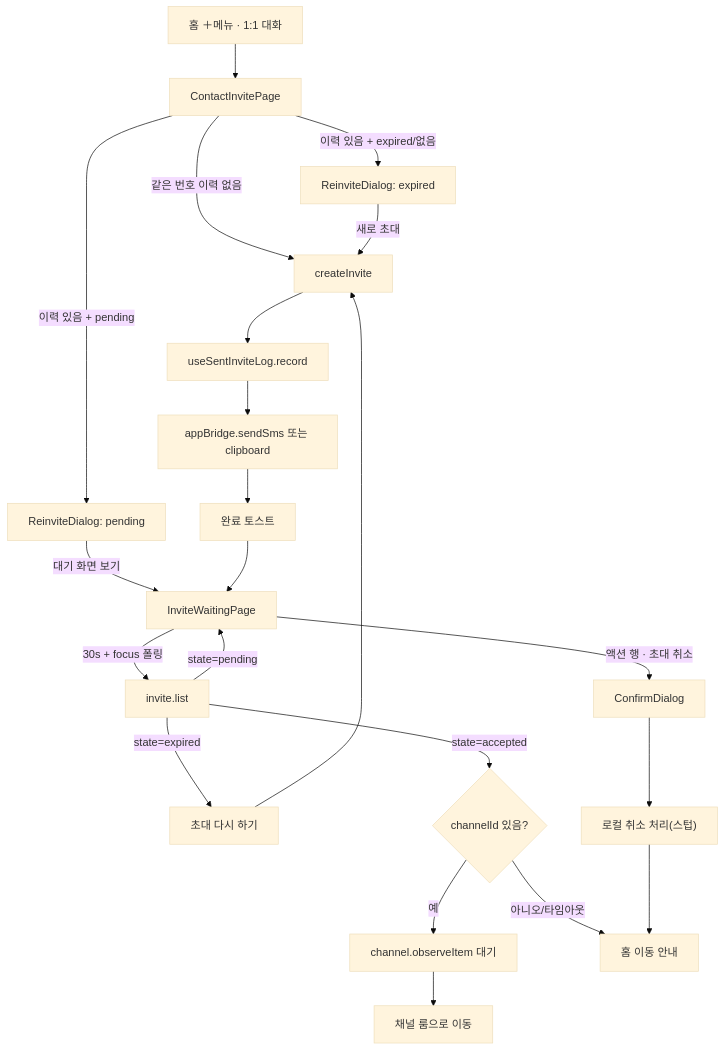
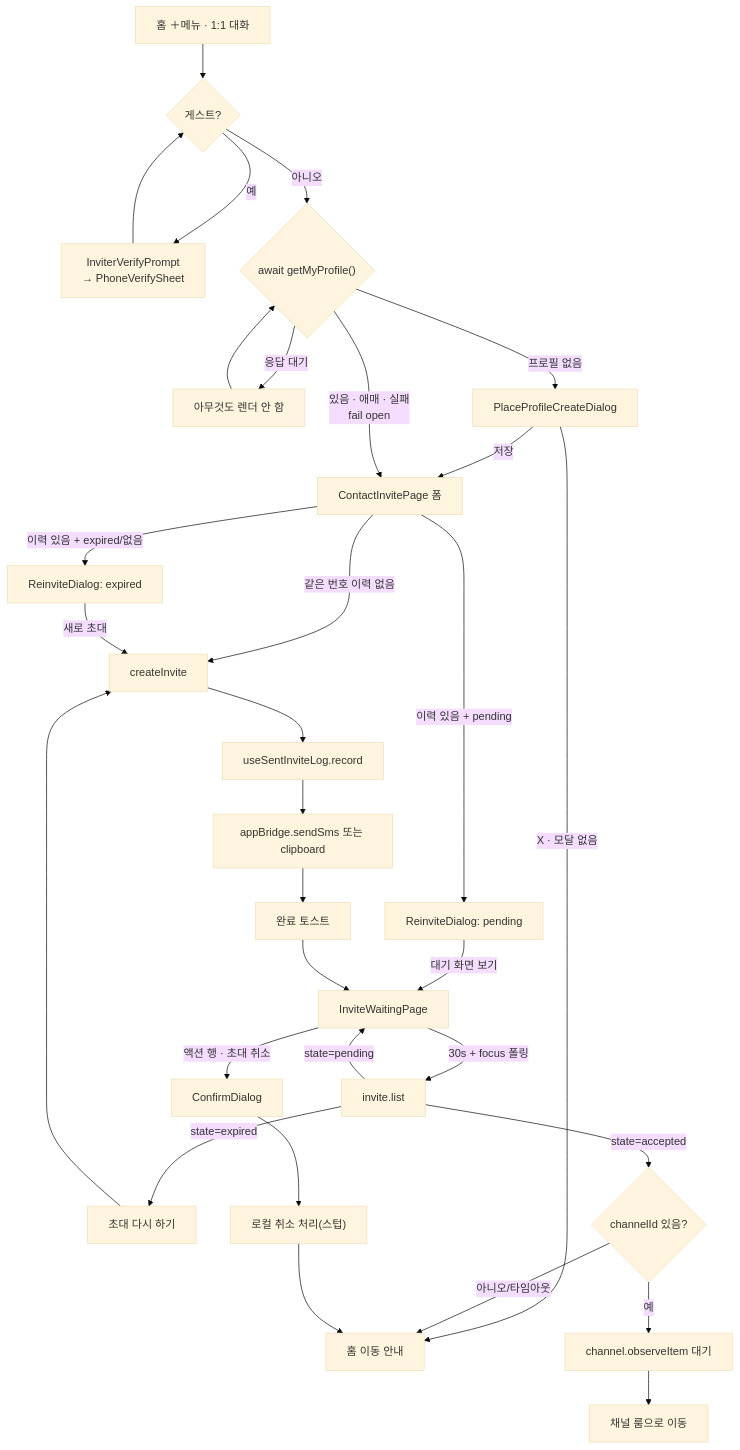
Before and after one commit to lemoncloud-io/dou-app: the first of 2 diagrams in apps/web/docs/feature/invite/relay-invite-sender.md, drawn with Mermaid (base theme). The commit also changed other lines of this file and 58 other files, not shown here.

````diff
--- a/apps/web/docs/feature/invite/relay-invite-sender.md
+++ b/apps/web/docs/feature/invite/relay-invite-sender.md
@@ -121,20 +150,27 @@
 ```mermaid
 flowchart TD
-    A["홈 ＋메뉴 · 1:1 대화"] --> B[ContactInvitePage]
+    A["홈 ＋메뉴 · 1:1 대화"] --> G1{게스트?}
+    G1 -->|예| V["InviterVerifyPrompt<br/>→ PhoneVerifySheet"] --> G1
+    G1 -->|아니오| G2{"await getMyProfile()"}
+    G2 -->|응답 대기| WAIT["아무것도 렌더 안 함"] --> G2
+    G2 -->|프로필 없음| P[PlaceProfileCreateDialog]
+    P -->|저장| B
+    P -->|X · 모달 없음| HOME
+    G2 -->|있음 · 애매 · 실패<br/>fail open| B[ContactInvitePage 폼]
     B -->|같은 번호 이력 없음| C[createInvite]
     B -->|이력 있음 + pending| D1[ReinviteDialog: pending]
     B -->|이력 있음 + expired/없음| D2[ReinviteDialog: expired]
     D1 -->|대기 화면 보기| W[InviteWaitingPage]
     D2 -->|새로 초대| C
     C --> R[useSentInviteLog.record]
     R --> S[appBridge.sendSms 또는 clipboard]
     S --> T[완료 토스트]
     T --> W
     W -->|30s + focus 폴링| L[invite.list]
     L -->|state=pending| W
     L -->|state=expired| E[초대 다시 하기] --> C
     L -->|state=accepted| CH{channelId 있음?}
     CH -->|예| SYNC[channel.observeItem 대기] --> ROOM[채널 룸으로 이동]
     CH -->|아니오/타임아웃| HOME[홈 이동 안내]
     W -->|액션 행 · 초대 취소| CANCEL[ConfirmDialog] --> STUB["로컬 취소 처리(스텁)"] --> HOME
 ```
````
